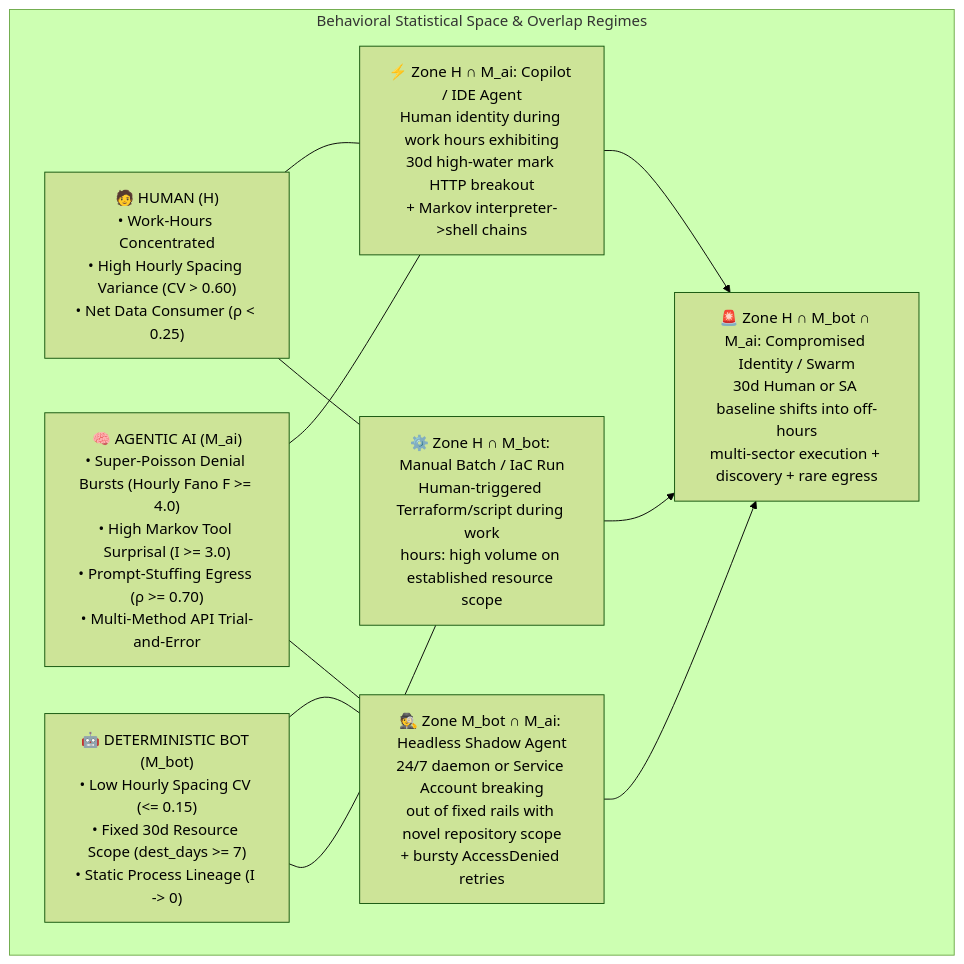
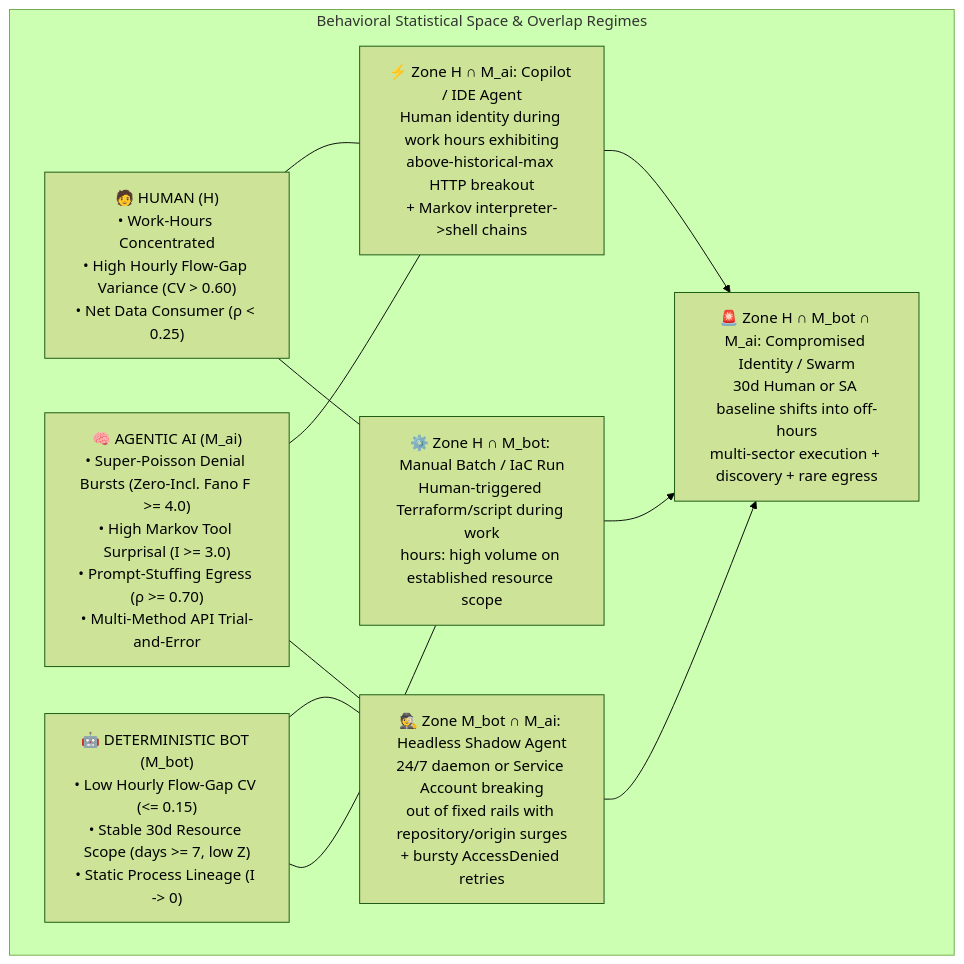
One commit to GooGKush/docs changed the diagram in shadow-ai-agentic-ueba-hunting.md. Above: the diagram before and after it, drawn with Mermaid (forest theme). The commit also changed other lines of this file and 14 other files, not shown here.

````diff
--- a/shadow-ai-agentic-ueba-hunting.md
+++ b/shadow-ai-agentic-ueba-hunting.md
@@ -51,21 +51,21 @@
 ```mermaid
 flowchart TD
     subgraph Venn["Behavioral Statistical Space & Overlap Regimes"]
-        H["🧑 HUMAN (H)\n• Work-Hours Concentrated\n• High Hourly Spacing Variance (CV > 0.60)\n• Net Data Consumer (ρ < 0.25)"]
-        B["🤖 DETERMINISTIC BOT (M_bot)\n• Low Hourly Spacing CV (<= 0.15)\n• Fixed 30d Resource Scope (dest_days >= 7)\n• Static Process Lineage (I -> 0)"]
-        AI["🧠 AGENTIC AI (M_ai)\n• Super-Poisson Denial Bursts (Hourly Fano F >= 4.0)\n• High Markov Tool Surprisal (I >= 3.0)\n• Prompt-Stuffing Egress (ρ >= 0.70)\n• Multi-Method API Trial-and-Error"]
+        H["🧑 HUMAN (H)\n• Work-Hours Concentrated\n• High Hourly Flow-Gap Variance (CV > 0.60)\n• Net Data Consumer (ρ < 0.25)"]
+        B["🤖 DETERMINISTIC BOT (M_bot)\n• Low Hourly Flow-Gap CV (<= 0.15)\n• Stable 30d Resource Scope (days >= 7, low Z)\n• Static Process Lineage (I -> 0)"]
+        AI["🧠 AGENTIC AI (M_ai)\n• Super-Poisson Denial Bursts (Zero-Incl. Fano F >= 4.0)\n• High Markov Tool Surprisal (I >= 3.0)\n• Prompt-Stuffing Egress (ρ >= 0.70)\n• Multi-Method API Trial-and-Error"]
 
-        H_AI["⚡ Zone H ∩ M_ai: Copilot / IDE Agent\nHuman identity during work hours exhibiting\n30d high-water mark HTTP breakout\n+ Markov interpreter->shell chains"]
-        B_AI["🕵️ Zone M_bot ∩ M_ai: Headless Shadow Agent\n24/7 daemon or Service Account breaking\nout of fixed rails with novel repository scope\n+ bursty AccessDenied retries"]
+        H_AI["⚡ Zone H ∩ M_ai: Copilot / IDE Agent\nHuman identity during work hours exhibiting\nabove-historical-max HTTP breakout\n+ Markov interpreter->shell chains"]
+        B_AI["🕵️ Zone M_bot ∩ M_ai: Headless Shadow Agent\n24/7 daemon or Service Account breaking\nout of fixed rails with repository/origin surges\n+ bursty AccessDenied retries"]
         H_B["⚙️ Zone H ∩ M_bot: Manual Batch / IaC Run\nHuman-triggered Terraform/script during work\nhours: high volume on established resource scope"]
         ALL["🚨 Zone H ∩ M_bot ∩ M_ai: Compromised Identity / Swarm\n30d Human or SA baseline shifts into off-hours\nmulti-sector execution + discovery + rare egress"]
     end
 
     H --- H_AI
     AI --- H_AI
     B --- B_AI
     AI --- B_AI
     H --- H_B
     B --- H_B
     H_AI & B_AI & H_B --> ALL
 ```
````
